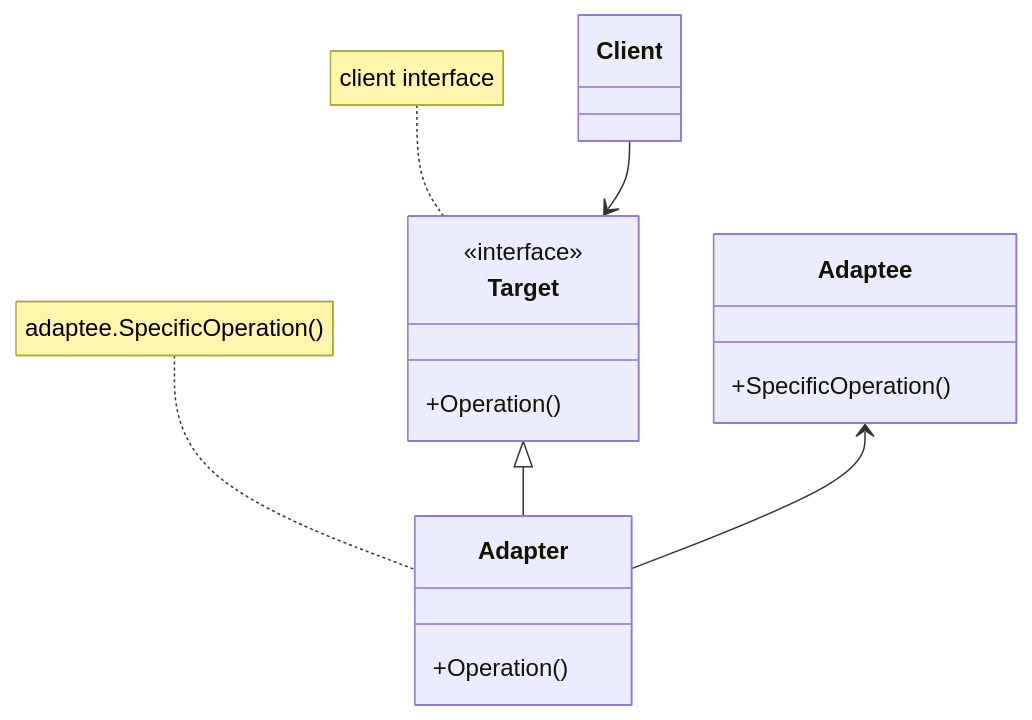
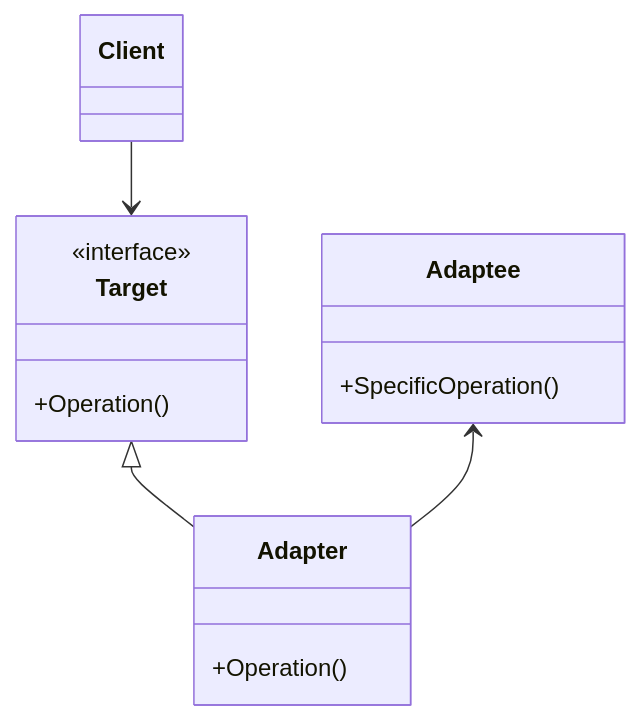
The diagram in _posts/2022-12-01-CSharp_DesignPattern_Adapter.md (Yu-Qiao-Hong/Yu-Qiao-Hong.github.io), drawn with Mermaid before and after one commit. The commit also changed other lines of this file, not shown here.

```diff
--- a/_posts/2022-12-01-CSharp_DesignPattern_Adapter.md
+++ b/_posts/2022-12-01-CSharp_DesignPattern_Adapter.md
@@ -21,22 +21,21 @@
 <div class="mermaid">
 classDiagram
+
+class Target{
+    <<interface>>
+    +Operation()
+}
+
+class Adapter{
+    +Operation()
+}
+
+class Adaptee{
+    +SpecificOperation()
+}
 
 Target  <|-- Adapter
 Adaptee <--  Adapter
 Client --> Target
 
-class Target{
-    <<interface>>
-    +Operation()
-}
-note for Target "client interface"
-
-class Adapter{
-    +Operation()
-}
-note for Adapter "adaptee.SpecificOperation()"
-
-class Adaptee{
-    +SpecificOperation()
-}
 </div>
```
